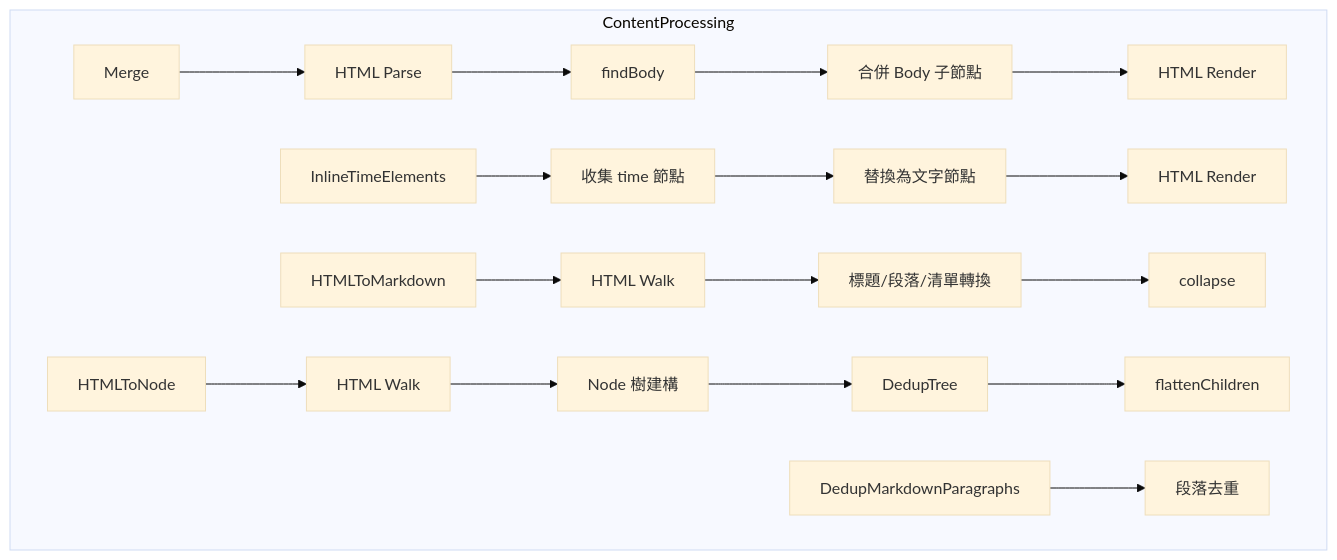
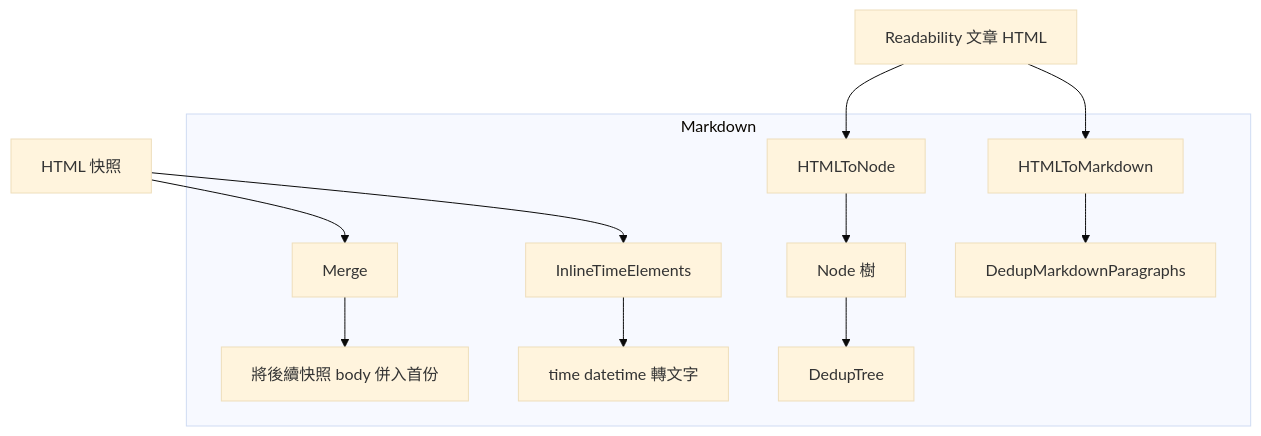
Before and after one commit to pardnchiu/go-browser: the sixth of 8 diagrams in doc/architecture.zh.md, drawn with Mermaid (base theme). The commit also changed other lines of this file and 5 other files, not shown here.

````diff
--- a/doc/architecture.zh.md
+++ b/doc/architecture.zh.md
@@ -121,20 +136,14 @@
 ```mermaid
 graph TB
-    subgraph ContentProcessing
-        A[Merge] --> B[HTML Parse]
-        B --> C[findBody]
-        C --> D[合併 Body 子節點]
-        D --> E[HTML Render]
-        F[InlineTimeElements] --> G[收集 time 節點]
-        G --> H[替換為文字節點]
-        H --> I[HTML Render]
-        J[HTMLToMarkdown] --> K[HTML Walk]
-        K --> L[標題/段落/清單轉換]
-        L --> M[collapse]
-        N[HTMLToNode] --> O[HTML Walk]
-        O --> P[Node 樹建構]
-        P --> Q[DedupTree]
-        Q --> R[flattenChildren]
-        S[DedupMarkdownParagraphs] --> T[段落去重]
+    subgraph Markdown
+        A[Merge] --> B[將後續快照 body 併入首份]
+        C[InlineTimeElements] --> D[time datetime 轉文字]
+        E[HTMLToNode] --> F[Node 樹]
+        F --> G[DedupTree]
+        H[HTMLToMarkdown] --> I[DedupMarkdownParagraphs]
     end
+    Snapshots[HTML 快照] --> A
+    Snapshots --> C
+    Article[Readability 文章 HTML] --> E
+    Article --> H
 ```
````
